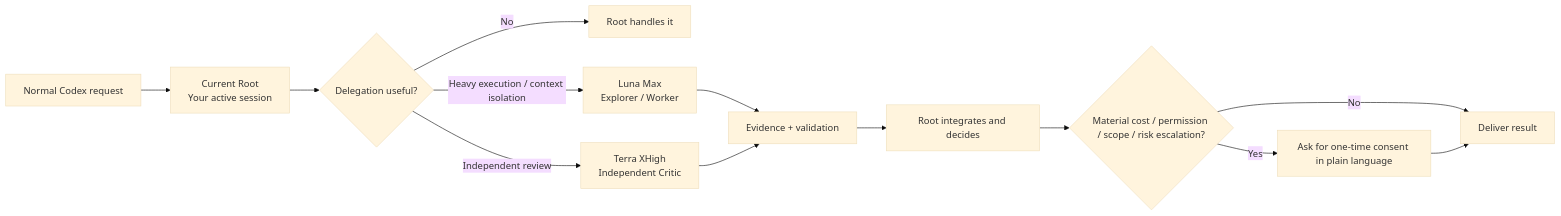
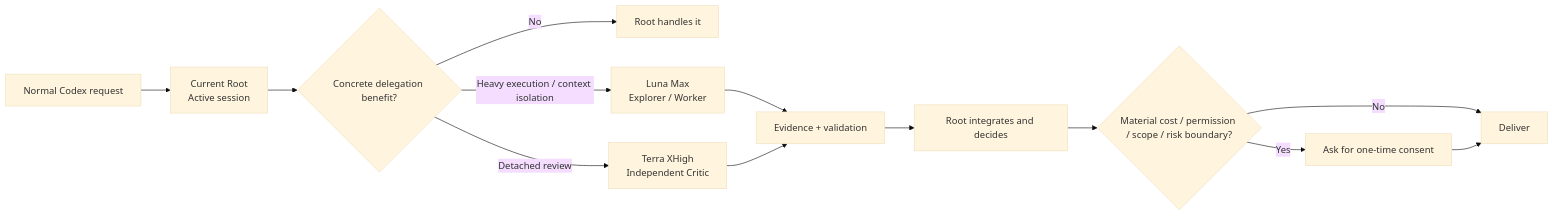
Before and after one commit to R-jed/codex-agent-team: the first of 3 diagrams in README_EN.md, drawn with Mermaid (base theme). The commit also changed other lines of this file, not shown here.

````diff
--- a/README_EN.md
+++ b/README_EN.md
@@ -27,15 +28,15 @@
 ```mermaid
 flowchart LR
-    U[Normal Codex request] --> R[Current Root<br/>Your active session]
-    R --> G{Delegation useful?}
+    U[Normal Codex request] --> R[Current Root<br/>Active session]
+    R --> G{Concrete delegation benefit?}
     G -- No --> D[Root handles it]
     G -- Heavy execution / context isolation --> L[Luna Max<br/>Explorer / Worker]
-    G -- Independent review --> T[Terra XHigh<br/>Independent Critic]
+    G -- Detached review --> T[Terra XHigh<br/>Independent Critic]
     L --> V[Evidence + validation]
     T --> V
     V --> R2[Root integrates and decides]
-    R2 --> C{Material cost / permission / scope / risk escalation?}
-    C -- No --> O[Deliver result]
-    C -- Yes --> H[Ask for one-time consent in plain language]
+    R2 --> C{Material cost / permission / scope / risk boundary?}
+    C -- No --> O[Deliver]
+    C -- Yes --> H[Ask for one-time consent]
     H --> O
 ```
````
